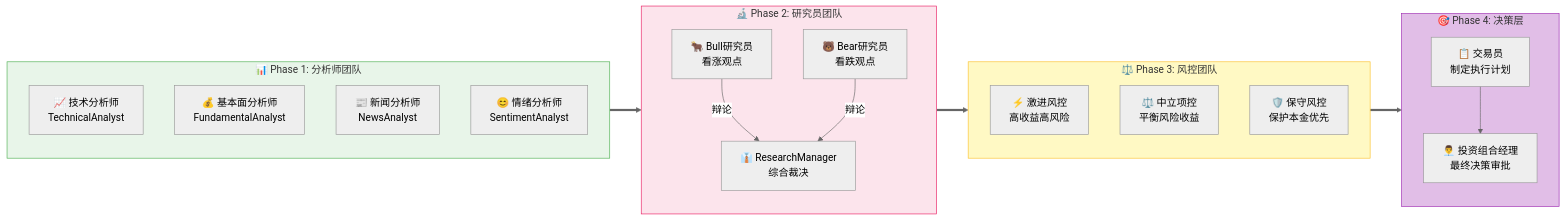
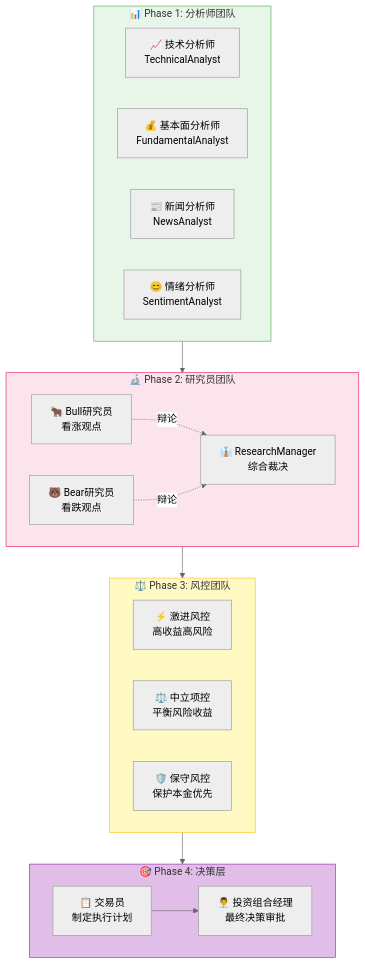
The diagram in docs/guide/agents.md (encyc/vibe-trading), drawn with Mermaid (neutral theme) before and after one commit. The commit also changed 3 other files, not shown here.

````diff
--- a/docs/guide/agents.md
+++ b/docs/guide/agents.md
@@ -7,38 +7,38 @@
 ```mermaid
-graph LR
+flowchart TB
     subgraph P1["📊 Phase 1: 分析师团队"]
         Tech[📈 技术分析师<br/>TechnicalAnalyst]
         Fund[💰 基本面分析师<br/>FundamentalAnalyst]
         News[📰 新闻分析师<br/>NewsAnalyst]
         Sent[😊 情绪分析师<br/>SentimentAnalyst]
     end
 
     subgraph P2["🔬 Phase 2: 研究员团队"]
         Bull[🐂 Bull研究员<br/>看涨观点]
         Bear[🐻 Bear研究员<br/>看跌观点]
         RM[👔 ResearchManager<br/>综合裁决]
     end
 
     subgraph P3["⚖️ Phase 3: 风控团队"]
         Agg[⚡ 激进风控<br/>高收益高风险]
         Neu[⚖️ 中立项控<br/>平衡风险收益]
         Cons[🛡️ 保守风控<br/>保护本金优先]
     end
 
     subgraph P4["🎯 Phase 4: 决策层"]
         Trader[📋 交易员<br/>制定执行计划]
         PM[👨‍💼 投资组合经理<br/>最终决策审批]
     end
 
-    P1 ==> P2
-    Bull -->|辩论| RM
-    Bear -->|辩论| RM
-    P2 ==> P3
-    P3 ==> P4
+    P1 --> P2
+    Bull -.->|辩论| RM
+    Bear -.->|辩论| RM
+    P2 --> P3
+    P3 --> P4
     Trader --> PM
 
     style P1 fill:#e8f5e9,stroke:#4caf50
     style P2 fill:#fce4ec,stroke:#e91e63
     style P3 fill:#fff9c4,stroke:#fbc02d
     style P4 fill:#e1bee7,stroke:#9c27b0
 ```
````
